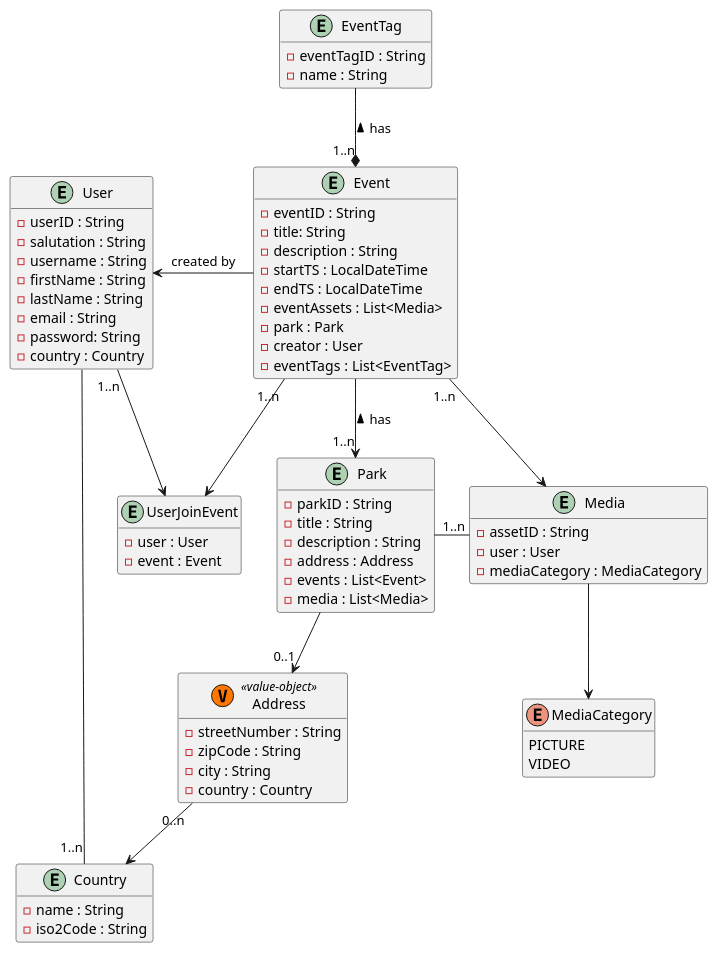
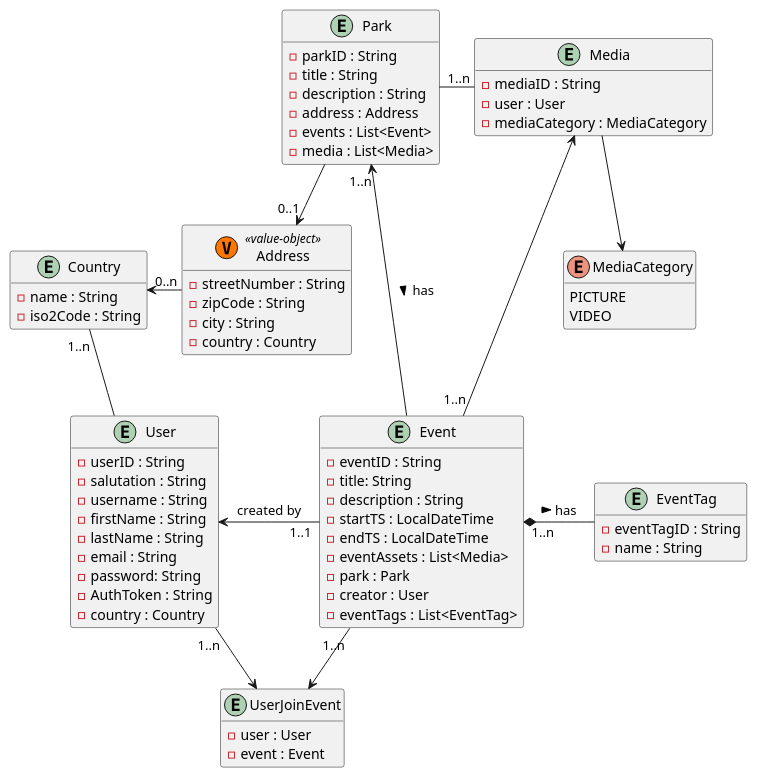
Before and after one commit to Lucaww23e013/ParkPal_Backend: the diagram in uml/domain.puml, drawn with PlantUML. The commit also changed 7 other files, not shown here.

```diff
--- a/uml/domain.puml
+++ b/uml/domain.puml
@@ -1,103 +1,88 @@
 @startuml
 'https://plantuml.com/class-diagram
 
 hide empty methods
+
+'entity Comment {}
 
 entity User {
     - userID : String
     - salutation : String
     - username : String
     - firstName : String
     - lastName : String
     - email : String
     - password: String
+    - AuthToken : String
     - country : Country
     }
 
 entity UserJoinEvent {
     - user : User
     - event : Event
 
 }
 
 entity Event {
     - eventID : String
     - title: String
     - description : String
     - startTS : LocalDateTime
     - endTS : LocalDateTime
     - eventAssets : List<Media>
     - park : Park
     - creator : User
     - eventTags : List<EventTag>
 }
 
 entity EventTag {
     - eventTagID : String
     - name : String
 }
 
 entity Media {
-    - assetID : String
+    - mediaID : String
     - user : User
     - mediaCategory : MediaCategory
 }
 
 enum MediaCategory {
     PICTURE
     VIDEO
 }
 
 entity Park {
     - parkID : String
     - title : String
     - description : String
     - address : Address
     - events : List<Event>
     - media : List<Media>
 }
 
 class Address <<(V, #FF7700) value-object>> {
     - streetNumber : String
     - zipCode : String
     - city : String
     - country : Country
 }
 
 entity Country {
     - name : String
     - iso2Code : String
 }
 
 User "1..n" --> UserJoinEvent
 Event "1..n" -->  UserJoinEvent
-Address "0..n" --> Country
+Address "0..n" -> Country
 Media --> MediaCategory
-EventTag --* "1..n" Event : has <
-Event --> "1..n" Park : has <
+EventTag -left-* "1..n" Event : has <
+Event -up-> "1..n" Park : has <
 Media <-- "1..n" Event
-Event -left-> User : created by
+Event "1..1" -left-> User : created by
 Park "1..n" -right- Media
 Country "1..n" -- User
 Park --> "0..1" Address
-'entity Comment {}
-
-'Album "0..n" o.up.o "0..n" Photo
-'Album "1" *-- "1..n" AlbumPhoto
-'Photo <-- "1..n" AlbumPhoto : references <
-'Photographer -up-|> AbstractPerson
-'Person -right-|> AbstractPerson
-'Photographer "0..1" -left- "0..n" Photo : taken by <
-'Photographer --> "0..1" Address : studioAddress
-'Photographer --> "0..1" Address : billingAddress
-'Photographer -right-> PhoneNumber : mobilePhone
-'Photographer -up-> "0..1" PhoneNumber : businessPhone
-'Photographer *--> "0..n" Email : has >
-'PersonTag -right-> Person : tags >
-'PersonTag --> Photo : describes >
-'Email -right-> EmailType
-'Address "0..n" -left-> Country
-'Photo --> Orientation
 
 
 @enduml
```
